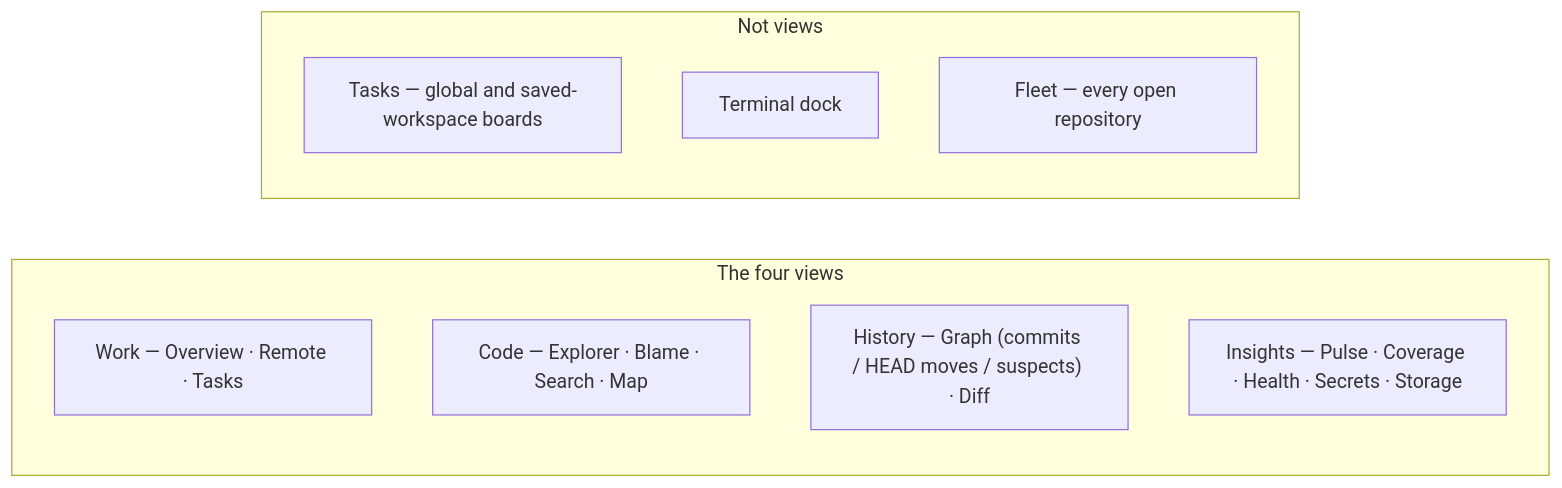
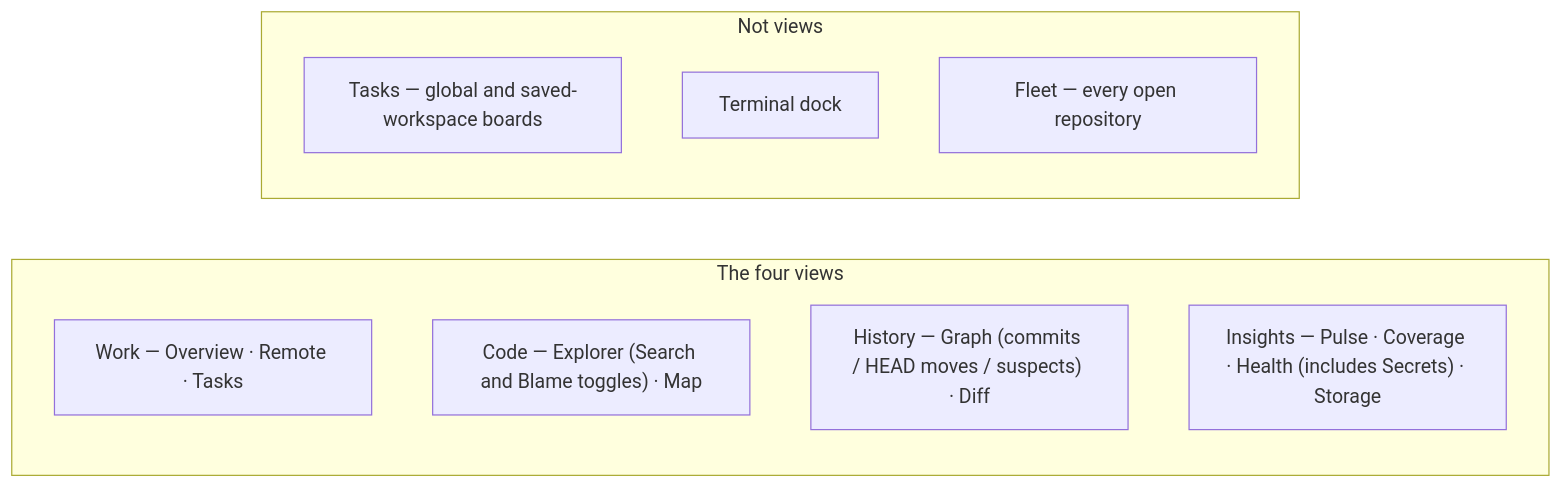
The diagram in wiki/Home.md (bharathvbcr/GitPulse), drawn with Mermaid before and after one commit. The commit also changed 200 other files, not shown here.

````diff
--- a/wiki/Home.md
+++ b/wiki/Home.md
@@ -32,14 +32,14 @@
 ```mermaid
 flowchart LR
     subgraph Views["The four views"]
         Work["Work — Overview · Remote · Tasks"]
-        Code["Code — Explorer · Blame · Search · Map"]
+        Code["Code — Explorer (Search and Blame toggles) · Map"]
         History["History — Graph (commits / HEAD moves / suspects) · Diff"]
-        Insights["Insights — Pulse · Coverage · Health · Secrets · Storage"]
+        Insights["Insights — Pulse · Coverage · Health (includes Secrets) · Storage"]
     end
     subgraph Beside["Not views"]
         Tasks["Tasks — global and saved-workspace boards"]
         Terminal["Terminal dock"]
         Fleet["Fleet — every open repository"]
     end
 ```
````
